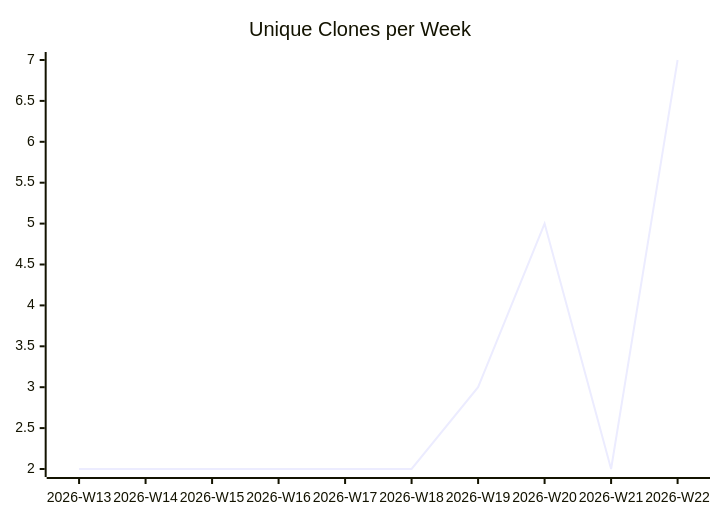
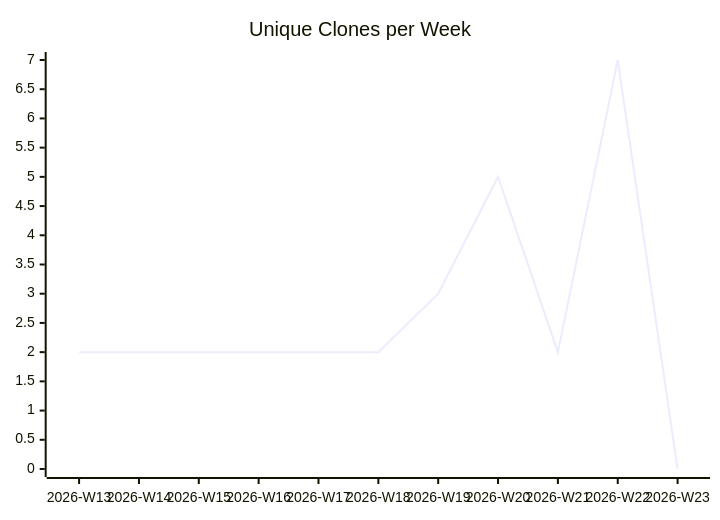
One commit to justdavis-family/github-analytics-data changed the third of 3 diagrams in karlmdavis/rps-tourney/README.md. Above: the diagram before and after it, drawn with Mermaid. The commit also changed other lines of this file and 186 other files, not shown here.

````diff
--- a/karlmdavis/rps-tourney/README.md
+++ b/karlmdavis/rps-tourney/README.md
@@ -19,6 +19,6 @@
 ```mermaid
 xychart-beta
   title "Unique Clones per Week"
-  x-axis ["2026-W13", "2026-W14", "2026-W15", "2026-W16", "2026-W17", "2026-W18", "2026-W19", "2026-W20", "2026-W21", "2026-W22"]
-  line [2, 2, 2, 2, 2, 2, 3, 5, 2, 7]
+  x-axis ["2026-W13", "2026-W14", "2026-W15", "2026-W16", "2026-W17", "2026-W18", "2026-W19", "2026-W20", "2026-W21", "2026-W22", "2026-W23"]
+  line [2, 2, 2, 2, 2, 2, 3, 5, 2, 7, 0]
 ```
````
